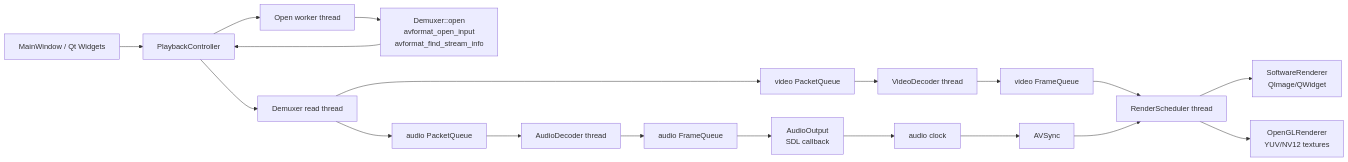
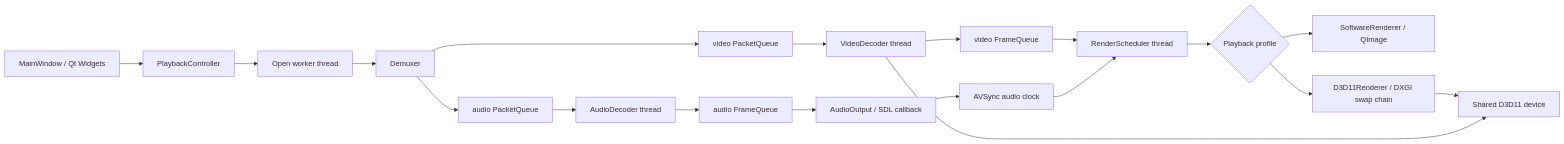
The diagram in README.md (Bree2ezzz/videoPlayer), drawn with Mermaid before and after one commit. The commit also changed other lines of this file and 14 other files, not shown here.

````diff
--- a/README.md
+++ b/README.md
@@ -21,21 +18,21 @@
 ```mermaid
 flowchart LR
     UI["MainWindow / Qt Widgets"] --> PC["PlaybackController"]
     PC --> OW["Open worker thread"]
-    OW --> DOPEN["Demuxer::open<br/>avformat_open_input<br/>avformat_find_stream_info"]
-    DOPEN --> PC
-    PC --> D["Demuxer read thread"]
-    D --> VPQ["video PacketQueue"]
-    D --> APQ["audio PacketQueue"]
+    OW --> DMX["Demuxer"]
+    DMX --> VPQ["video PacketQueue"]
+    DMX --> APQ["audio PacketQueue"]
     VPQ --> VD["VideoDecoder thread"]
     APQ --> AD["AudioDecoder thread"]
     VD --> VFQ["video FrameQueue"]
     AD --> AFQ["audio FrameQueue"]
-    AFQ --> AO["AudioOutput<br/>SDL callback"]
-    AO --> CLOCK["audio clock"]
+    AFQ --> AO["AudioOutput / SDL callback"]
+    AO --> SYNC["AVSync audio clock"]
     VFQ --> RS["RenderScheduler thread"]
-    CLOCK --> AVS["AVSync"]
-    AVS --> RS
-    RS --> SR["SoftwareRenderer<br/>QImage/QWidget"]
-    RS --> GLR["OpenGLRenderer<br/>YUV/NV12 textures"]
+    SYNC --> RS
+    RS --> PROFILE{"Playback profile"}
+    PROFILE --> SW["SoftwareRenderer / QImage"]
+    PROFILE --> D3D["D3D11Renderer / DXGI swap chain"]
+    D3D --> GPU["Shared D3D11 device"]
+    VD --> GPU
 ```
````
